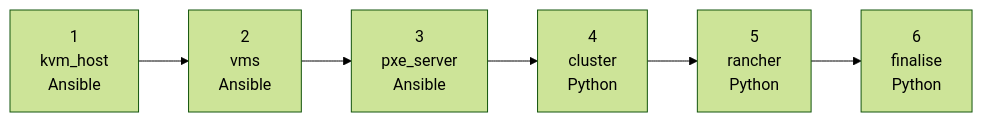
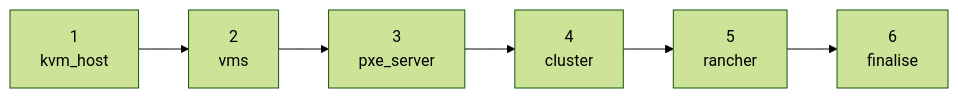
Before and after one commit to avaleror/suse-virt-workshop: the second of 2 diagrams in docs/reference/lab-overview.md, drawn with Mermaid (forest theme). The commit also changed other lines of this file and 24 other files, not shown here.

````diff
--- a/docs/reference/lab-overview.md
+++ b/docs/reference/lab-overview.md
@@ -57,4 +64,4 @@
 ```mermaid
 flowchart LR
-    P1["1\nkvm_host\nAnsible"] --> P2["2\nvms\nAnsible"] --> P3["3\npxe_server\nAnsible"] --> P4["4\ncluster\nPython"] --> P5["5\nrancher\nPython"] --> P6["6\nfinalise\nPython"]
+    P1["1\nkvm_host"] --> P2["2\nvms"] --> P3["3\npxe_server"] --> P4["4\ncluster"] --> P5["5\nrancher"] --> P6["6\nfinalise"]
 ```
````
